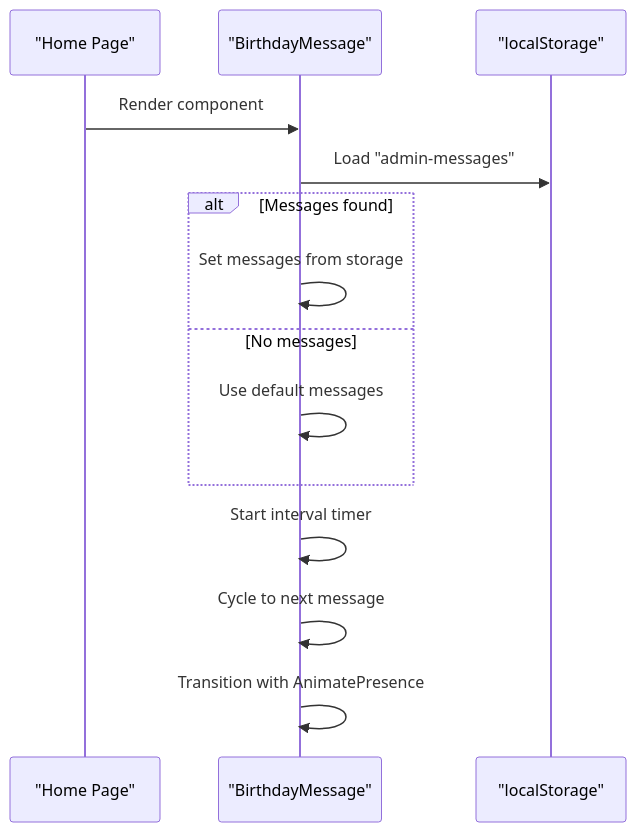
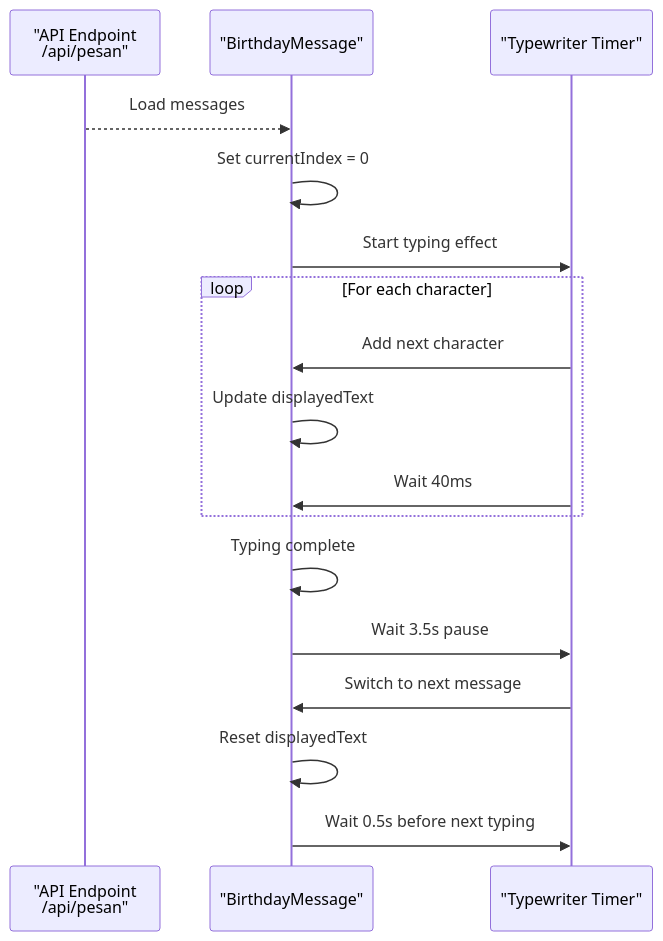
One commit to alifsurya2710/Selamat-Ulang-Tahun changed the fourth of 9 diagrams in .qoder/repowiki/en/content/Birthday Experience Components.md. Above: the diagram before and after it, drawn with Mermaid. The commit also changed other lines of this file and 31 other files, not shown here.

````diff
--- a/.qoder/repowiki/en/content/Birthday Experience Components.md
+++ b/.qoder/repowiki/en/content/Birthday Experience Components.md
@@ -241,16 +284,19 @@
 ```mermaid
 sequenceDiagram
-participant Page as "Home Page"
+participant API as "API Endpoint<br/>/api/pesan"
 participant Msg as "BirthdayMessage"
-participant Storage as "localStorage"
-Page->>Msg : Render component
-Msg->>Storage : Load "admin-messages"
-alt Messages found
-Msg->>Msg : Set messages from storage
-else No messages
-Msg->>Msg : Use default messages
+participant Timer as "Typewriter Timer"
+API-->>Msg : Load messages
+Msg->>Msg : Set currentIndex = 0
+Msg->>Timer : Start typing effect
+loop For each character
+Timer->>Msg : Add next character
+Msg->>Msg : Update displayedText
+Timer->>Msg : Wait 40ms
 end
-Msg->>Msg : Start interval timer
-Msg->>Msg : Cycle to next message
-Msg->>Msg : Transition with AnimatePresence
+Msg->>Msg : Typing complete
+Msg->>Timer : Wait 3.5s pause
+Timer->>Msg : Switch to next message
+Msg->>Msg : Reset displayedText
+Msg->>Timer : Wait 0.5s before next typing
 ```
````
